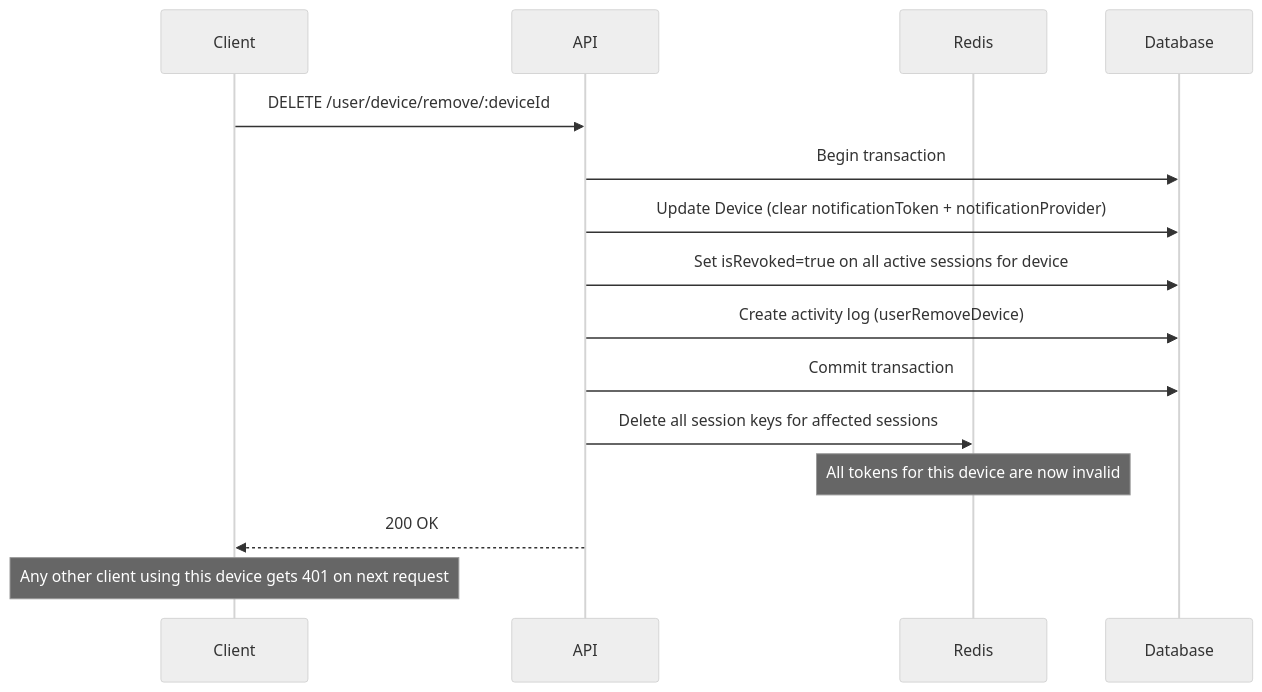
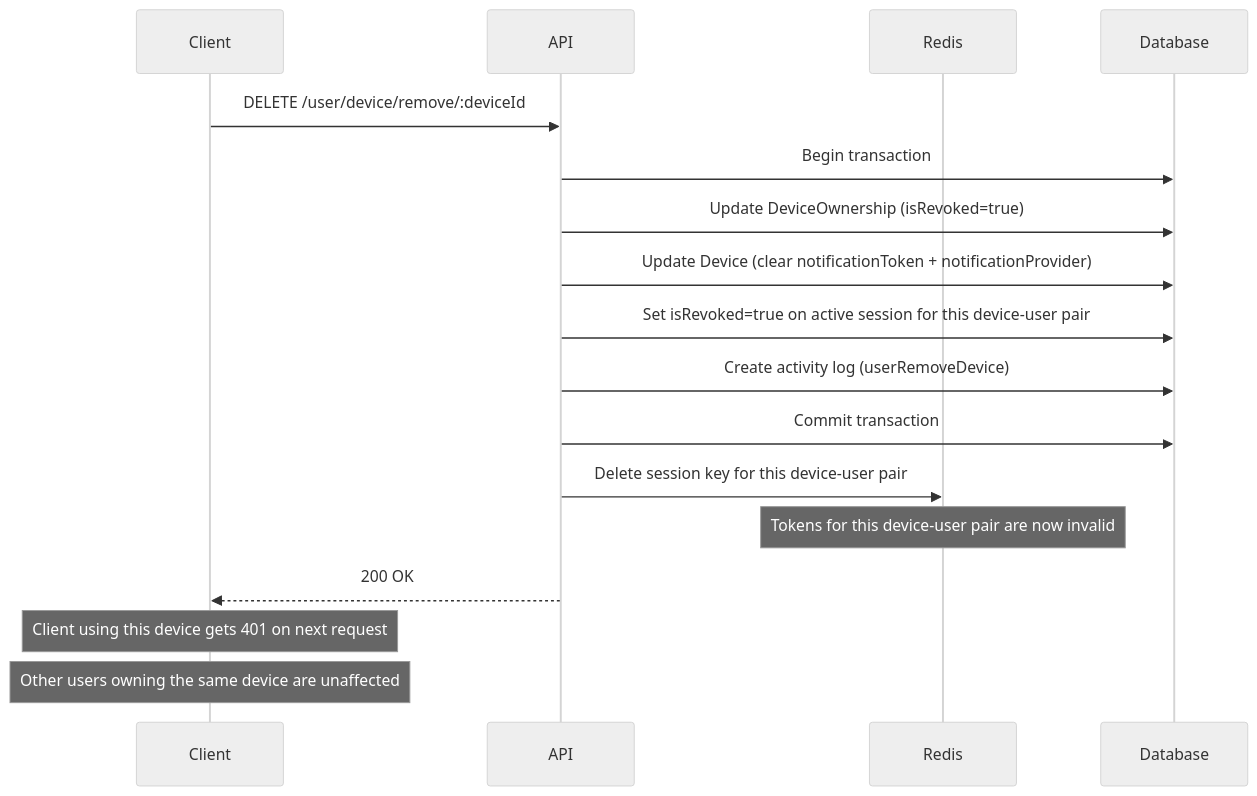
Before and after one commit to andrechristikan/ack-nestjs-boilerplate: the diagram in docs/device.md, drawn with Mermaid (neutral theme). The commit also changed other lines of this file and 7 other files, not shown here.

````diff
--- a/docs/device.md
+++ b/docs/device.md
@@ -81,18 +95,20 @@
 ```mermaid
 sequenceDiagram
     participant Client
     participant API
     participant Redis
     participant Database
 
     Client->>API: DELETE /user/device/remove/:deviceId
     API->>Database: Begin transaction
+    API->>Database: Update DeviceOwnership (isRevoked=true)
     API->>Database: Update Device (clear notificationToken + notificationProvider)
-    API->>Database: Set isRevoked=true on all active sessions for device
+    API->>Database: Set isRevoked=true on active session for this device-user pair
     API->>Database: Create activity log (userRemoveDevice)
     API->>Database: Commit transaction
-    API->>Redis: Delete all session keys for affected sessions
-    Note over Redis: All tokens for this device are now invalid
+    API->>Redis: Delete session key for this device-user pair
+    Note over Redis: Tokens for this device-user pair are now invalid
     API-->>Client: 200 OK
-    Note over Client: Any other client using this device gets 401 on next request
+    Note over Client: Client using this device gets 401 on next request
+    Note over Client: Other users owning the same device are unaffected
 ```
````
